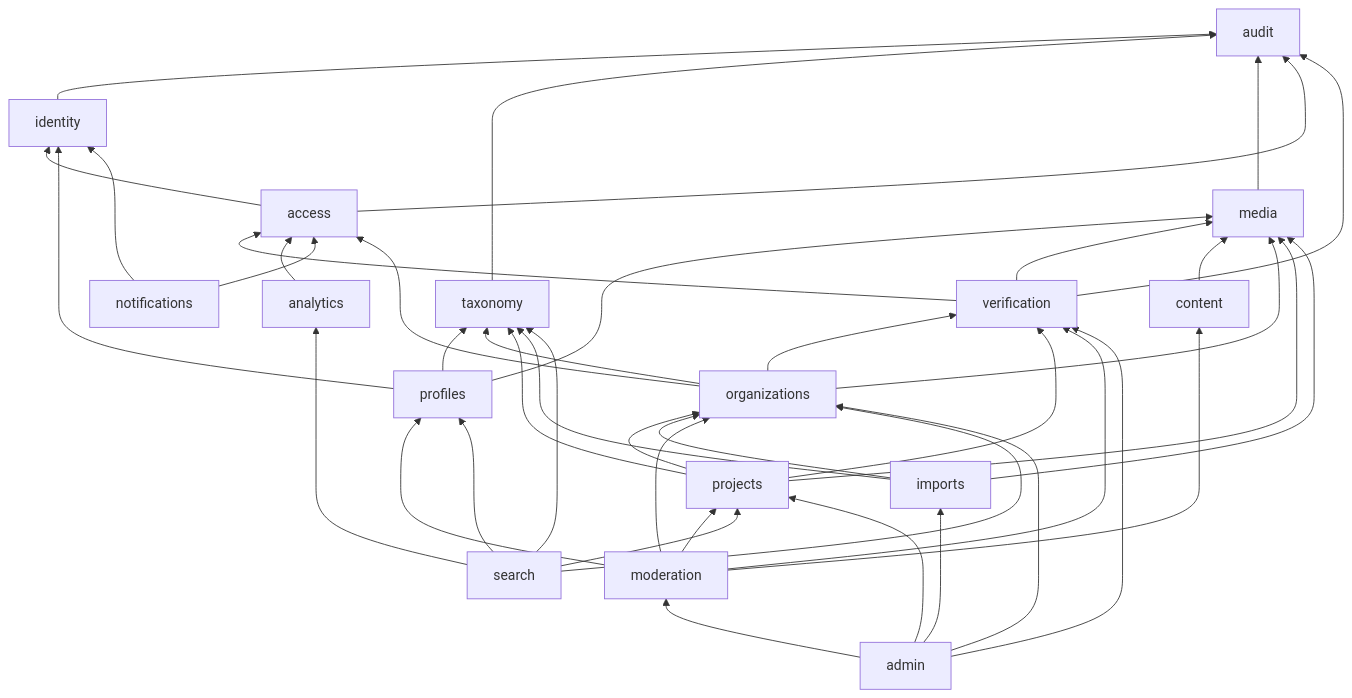
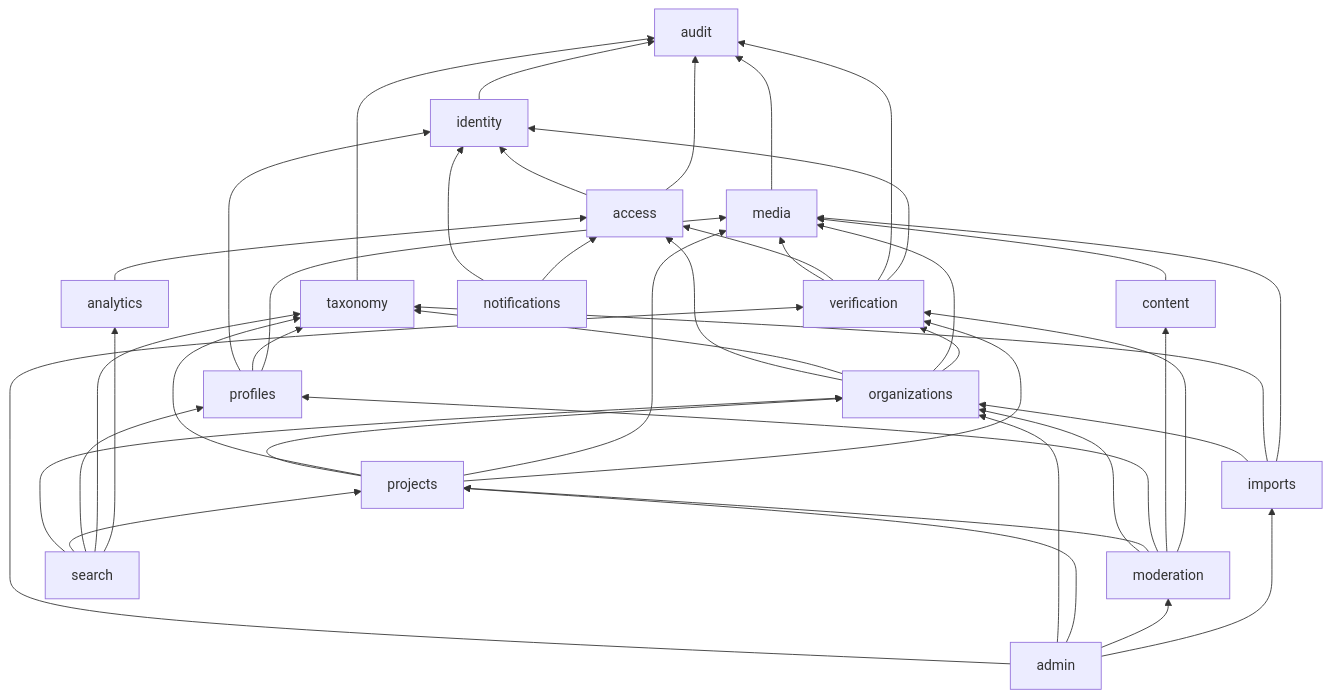
One commit to fatma-zaki/BackOfHouse-backend changed the first of 5 diagrams in docs/module-dependency-map.md. Above: the diagram before and after it, drawn with Mermaid. The commit also changed 6 other files, not shown here.

````diff
--- a/docs/module-dependency-map.md
+++ b/docs/module-dependency-map.md
@@ -23,61 +23,62 @@
 ```mermaid
 flowchart BT
     audit[audit]
     identity[identity]
     taxonomy[taxonomy]
     media[media]
     access[access]
     profiles[profiles]
     verification[verification]
     content[content]
     analytics[analytics]
     notifications[notifications]
     organizations[organizations]
     projects[projects]
     imports[imports]
     moderation[moderation]
     search[search]
     admin[admin]
 
     identity --> audit
     taxonomy --> audit
     media --> audit
     access --> identity
     access --> audit
     profiles --> identity
     profiles --> taxonomy
     profiles --> media
     verification --> media
     verification --> access
     verification --> audit
+    verification --> identity
     content --> media
     analytics --> access
     notifications --> identity
     notifications --> access
     organizations --> access
     organizations --> taxonomy
     organizations --> media
     organizations --> verification
     projects --> organizations
     projects --> taxonomy
     projects --> media
     projects --> verification
     imports --> organizations
     imports --> taxonomy
     imports --> media
     moderation --> organizations
     moderation --> projects
     moderation --> profiles
     moderation --> content
     moderation --> verification
     search --> organizations
     search --> projects
     search --> profiles
     search --> taxonomy
     search --> analytics
     admin --> verification
     admin --> organizations
     admin --> projects
     admin --> moderation
     admin --> imports
 ```
````
